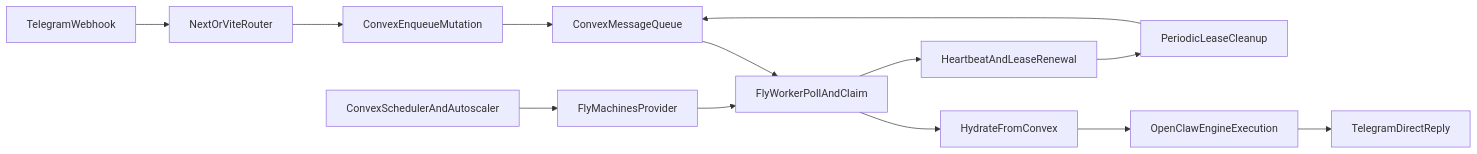
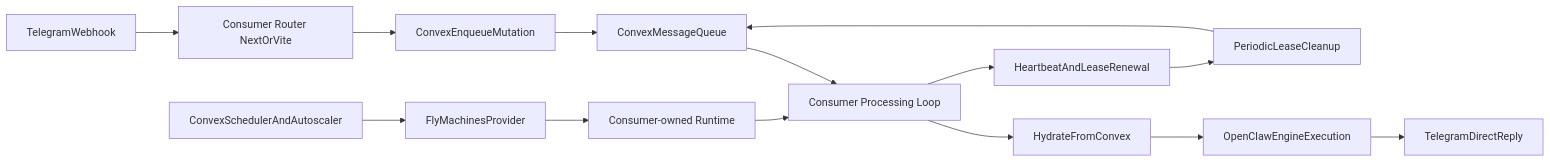
The diagram in README.md (okrlinkhub/agent-factory), drawn with Mermaid before and after one commit. The commit also changed other lines of this file and 15 other files, not shown here.

````diff
--- a/README.md
+++ b/README.md
@@ -75,15 +103,16 @@
 ```mermaid
 flowchart LR
-  telegramWebhook[TelegramWebhook] --> appRouter[NextOrViteRouter]
+  telegramWebhook[TelegramWebhook] --> appRouter[Consumer Router NextOrVite]
   appRouter --> enqueueMutation[ConvexEnqueueMutation]
   enqueueMutation --> messageQueue[ConvexMessageQueue]
-  messageQueue --> claimLoop[FlyWorkerPollAndClaim]
+  messageQueue --> claimLoop[Consumer Processing Loop]
   claimLoop --> hydrateStep[HydrateFromConvex]
   hydrateStep --> runEngine[OpenClawEngineExecution]
   runEngine --> telegramSend[TelegramDirectReply]
   claimLoop --> heartbeatLease[HeartbeatAndLeaseRenewal]
   heartbeatLease --> cleanupTask[PeriodicLeaseCleanup]
   cleanupTask --> messageQueue
   schedulerNode[ConvexSchedulerAndAutoscaler] --> flyProvider[FlyMachinesProvider]
-  flyProvider --> claimLoop
+  flyProvider --> consumerRuntime[Consumer-owned Runtime]
+  consumerRuntime --> claimLoop
 ```
````
